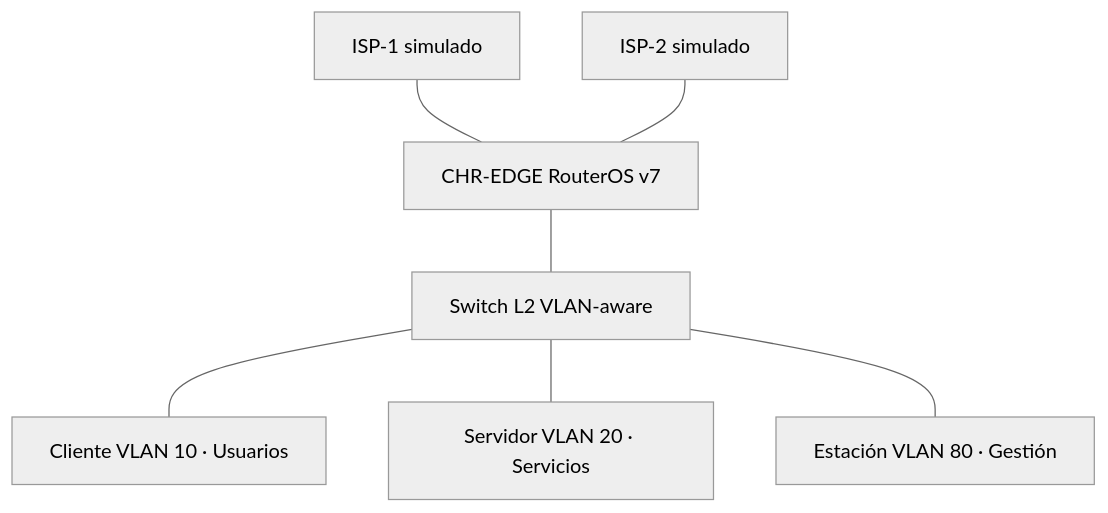
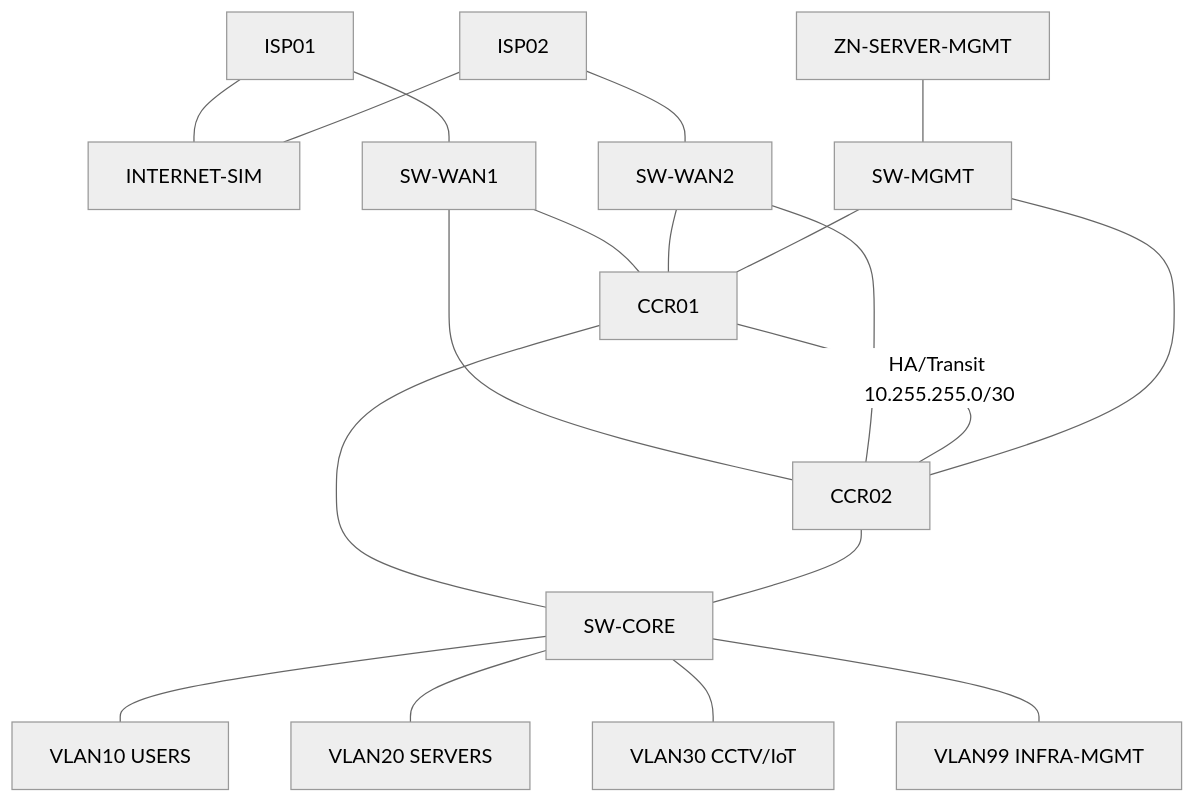
One commit to SebastianPintoSec/network-engineering-labs changed the diagram in docs/LAB-001-architecture.md. Above: the diagram before and after it, drawn with Mermaid (neutral theme). The commit also changed other lines of this file, not shown here.

````diff
--- a/docs/LAB-001-architecture.md
+++ b/docs/LAB-001-architecture.md
@@ -8,9 +5,22 @@
 ```mermaid
 flowchart TB
- ISP1[ISP-1 simulado] --- R[CHR-EDGE RouterOS v7]
- ISP2[ISP-2 simulado] --- R
- R --- SW[Switch L2 VLAN-aware]
- SW --- U[Cliente VLAN 10 · Usuarios]
- SW --- S[Servidor VLAN 20 · Servicios]
- SW --- M[Estación VLAN 80 · Gestión]
+ INET[INTERNET-SIM]
+ ISP1[ISP01] --- INET
+ ISP2[ISP02] --- INET
+ ISP1 --- W1[SW-WAN1]
+ ISP2 --- W2[SW-WAN2]
+ W1 --- C1[CCR01]
+ W1 --- C2[CCR02]
+ W2 --- C1
+ W2 --- C2
+ C1 ---|HA/Transit 10.255.255.0/30| C2
+ C1 --- CORE[SW-CORE]
+ C2 --- CORE
+ MG[ZN-SERVER-MGMT] --- SM[SW-MGMT]
+ SM --- C1
+ SM --- C2
+ CORE --- U[VLAN10 USERS]
+ CORE --- S[VLAN20 SERVERS]
+ CORE --- I[VLAN30 CCTV/IoT]
+ CORE --- M[VLAN99 INFRA-MGMT]
 ```
````
